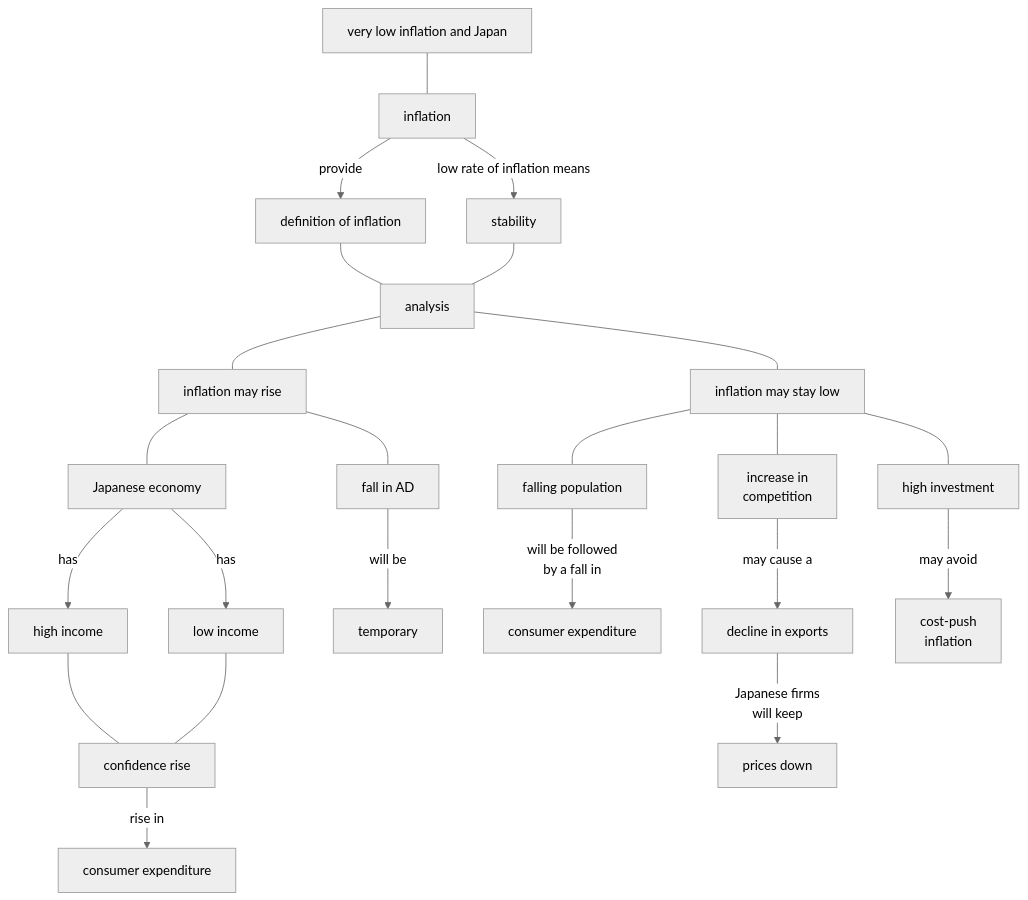
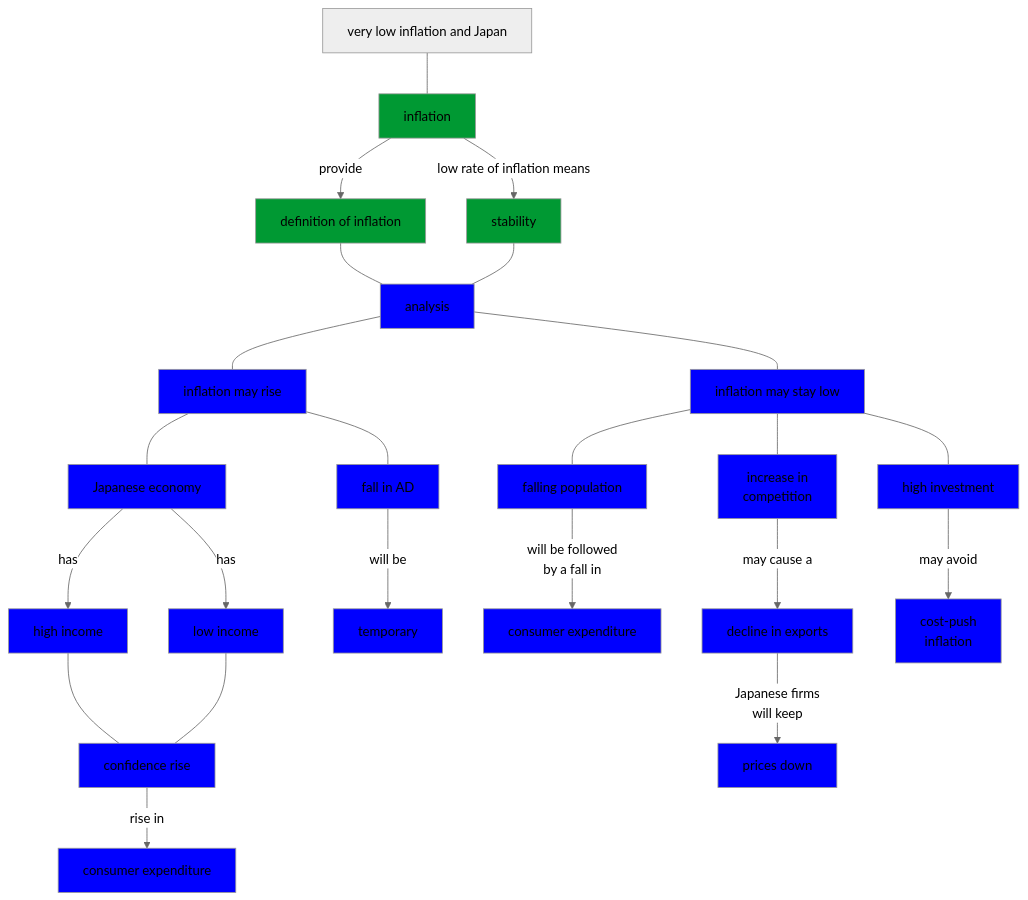
One commit to econmediadb/slides changed the third of 5 diagrams in docs/media/mermaid/2iec-econ-drq-unit4.md. Above: the diagram before and after it, drawn with Mermaid (neutral theme). The commit also changed other lines of this file, not shown here.

Commit message:
update 2iec econ drq unit4

````diff
--- a/docs/media/mermaid/2iec-econ-drq-unit4.md
+++ b/docs/media/mermaid/2iec-econ-drq-unit4.md
@@ -83,32 +83,53 @@
 ```mermaid
 graph TD;
     A[very low inflation and Japan] 
     A --- B[inflation]
     B -- provide --> B1[definition of inflation]
     B -- low rate of inflation means --> B2[stability]
     B1 --- C[analysis]
     B2 --- C
     C --- C1[inflation may rise]
     C --- C2[inflation may stay low]
 
     C1 --- C11[Japanese economy]
     C11 -- has --> C111[high income]
     C11 -- has --> C112[low income]
     C111 --- C11a[confidence rise]
     C112 --- C11a
     C11a -- rise in --> C11b[consumer expenditure]
 
     C1 --- C12[fall in AD]
     C12 -- will be --> C121[temporary]
 
     C2 --- C21[falling population]
     C21 -- will be followed <br> by a fall in --> C21a[consumer expenditure] 
 
     C2 --- C22[increase in <br> competition]
     C22 -- may cause a --> C221[decline in exports]
     C221 -- Japanese firms <br> will keep --> C222[prices down]
 
     C2 --- C23[high investment]
     C23 -- may avoid --> C231[cost-push <br> inflation]
 
+    style B fill:#009933
+    style B1 fill:#009933    
+    style B2 fill:#009933
+
+    style C fill:#0000FF
+    style C1 fill:#0000FF
+    style C11 fill:#0000FF
+    style C111 fill:#0000FF
+    style C112 fill:#0000FF
+    style C11a fill:#0000FF 
+    style C11b fill:#0000FF      
+    style C12 fill:#0000FF          
+    style C121 fill:#0000FF              
+    style C2 fill:#0000FF        
+    style C21 fill:#0000FF
+    style C21a fill:#0000FF
+    style C22 fill:#0000FF
+    style C221 fill:#0000FF
+    style C222 fill:#0000FF
+    style C23 fill:#0000FF 
+    style C231 fill:#0000FF                       
 ```
````
